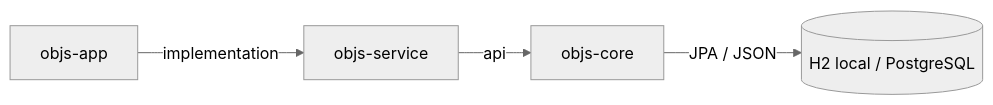
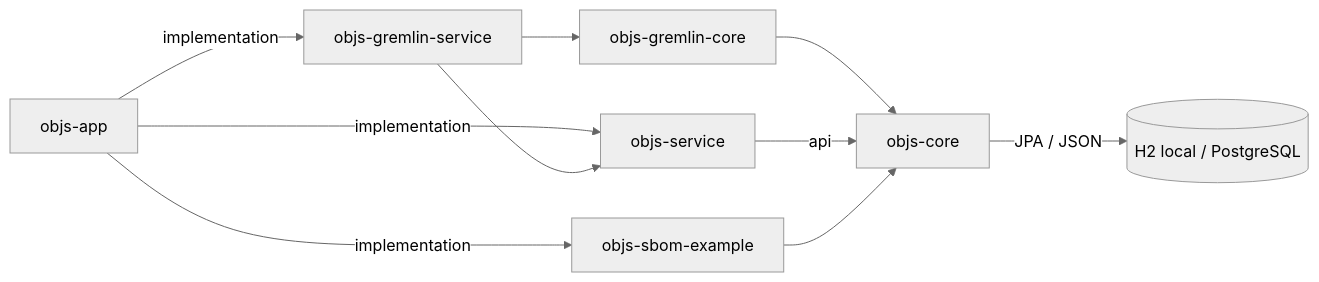
Before and after one commit to qpointz/objs: the diagram in docs/design/platform/overview.md, drawn with Mermaid (neutral theme). The commit also changed other lines of this file and 21 other files, not shown here.

````diff
--- a/docs/design/platform/overview.md
+++ b/docs/design/platform/overview.md
@@ -37,9 +37,18 @@
 ```mermaid
 flowchart LR
   app[objs-app]
+  gsvc[objs-gremlin-service]
+  gcore[objs-gremlin-core]
   service[objs-service]
+  sbom[objs-sbom-example]
   core[objs-core]
   app -->|implementation| service
+  app -->|implementation| gsvc
+  app -->|implementation| sbom
+  gsvc --> gcore
+  gsvc --> service
+  gcore --> core
   service -->|api| core
+  sbom --> core
   core -->|JPA / JSON| db[(H2 local / PostgreSQL)]
 ```
````
